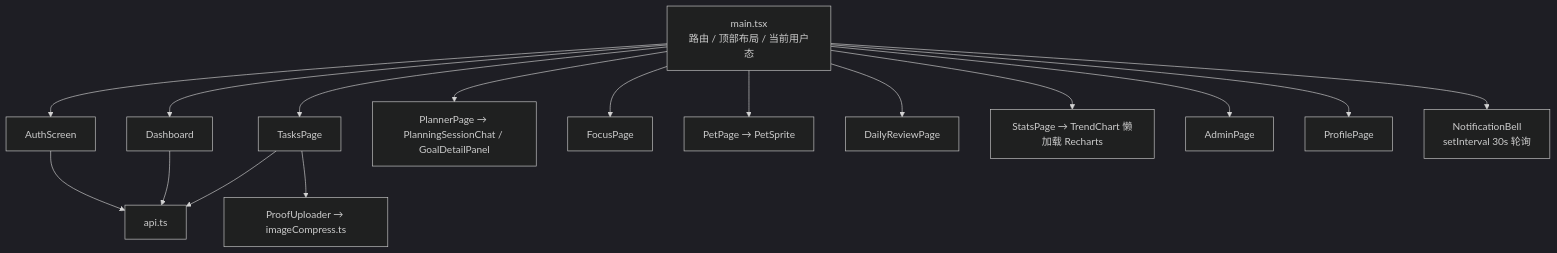
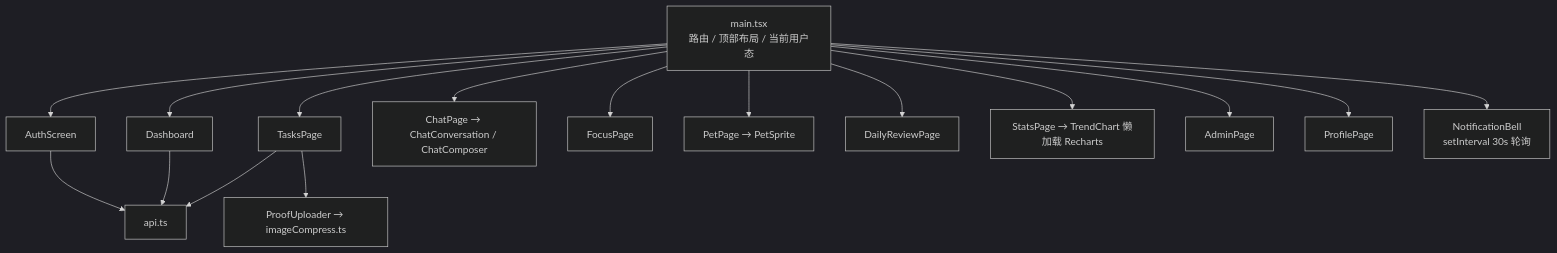
Before and after one commit to xiaoran7/soulous: the tenth of 11 diagrams in docs/CODE_WALKTHROUGH.md, drawn with Mermaid (dark theme). The commit also changed other lines of this file and 55 other files, not shown here.

````diff
--- a/docs/CODE_WALKTHROUGH.md
+++ b/docs/CODE_WALKTHROUGH.md
@@ -533,18 +526,18 @@
 ```mermaid
 flowchart TB
     M["main.tsx<br/>路由 / 顶部布局 / 当前用户态"] --> P1["AuthScreen"]
     M --> P2["Dashboard"]
     M --> P3["TasksPage"]
-    M --> P4["PlannerPage → PlanningSessionChat / GoalDetailPanel"]
+    M --> P4["ChatPage → ChatConversation / ChatComposer"]
     M --> P5["FocusPage"]
     M --> P6["PetPage → PetSprite"]
     M --> P7["DailyReviewPage"]
     M --> P8["StatsPage → TrendChart 懒加载 Recharts"]
     M --> P9["AdminPage"]
     M --> P10["ProfilePage"]
     M --> NB["NotificationBell<br/>setInterval 30s 轮询"]
     P1 --> API["api.ts"]
     P2 --> API
     P3 --> API
     P3 --> PU["ProofUploader → imageCompress.ts"]
 ```
````
